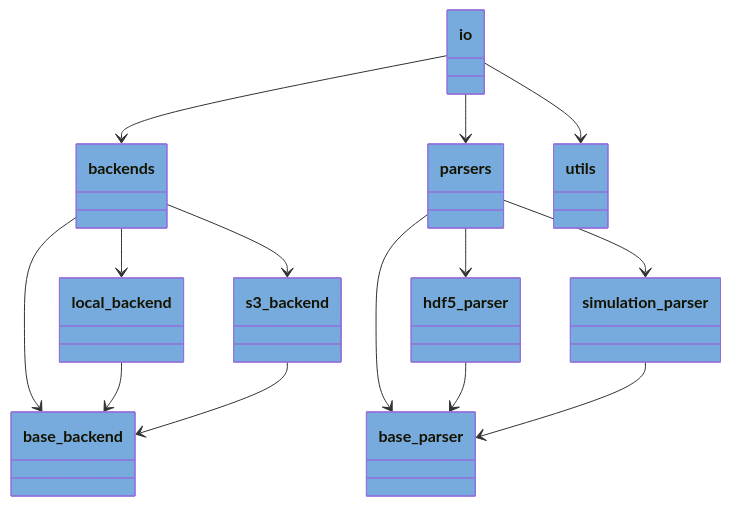
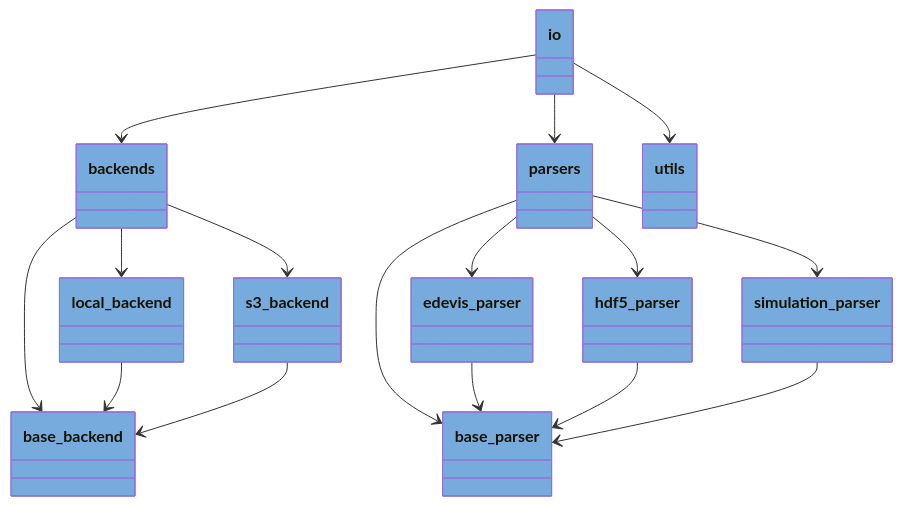
One commit to voidsy-gmbh/pyThermoNDT changed the diagram in docs/pyreverse/mermaid/packages_pythermondt.io.mmd. Above: the diagram before and after it, drawn with Mermaid. The commit also changed 19 other files, not shown here.

```diff
--- a/docs/pyreverse/mermaid/packages_pythermondt.io.mmd
+++ b/docs/pyreverse/mermaid/packages_pythermondt.io.mmd
@@ -1,44 +1,49 @@
 classDiagram
   class io {
   }
   style io fill:#77AADD
   class backends {
   }
   style backends fill:#77AADD
   class base_backend {
   }
   style base_backend fill:#77AADD
   class local_backend {
   }
   style local_backend fill:#77AADD
   class s3_backend {
   }
   style s3_backend fill:#77AADD
   class parsers {
   }
   style parsers fill:#77AADD
   class base_parser {
   }
   style base_parser fill:#77AADD
+  class edevis_parser {
+  }
+  style edevis_parser fill:#77AADD
   class hdf5_parser {
   }
   style hdf5_parser fill:#77AADD
   class simulation_parser {
   }
   style simulation_parser fill:#77AADD
   class utils {
   }
   style utils fill:#77AADD
   io --> backends
   io --> parsers
   io --> utils
   backends --> base_backend
   backends --> local_backend
   backends --> s3_backend
   local_backend --> base_backend
   s3_backend --> base_backend
   parsers --> base_parser
+  parsers --> edevis_parser
   parsers --> hdf5_parser
   parsers --> simulation_parser
+  edevis_parser --> base_parser
   hdf5_parser --> base_parser
   simulation_parser --> base_parser
```
